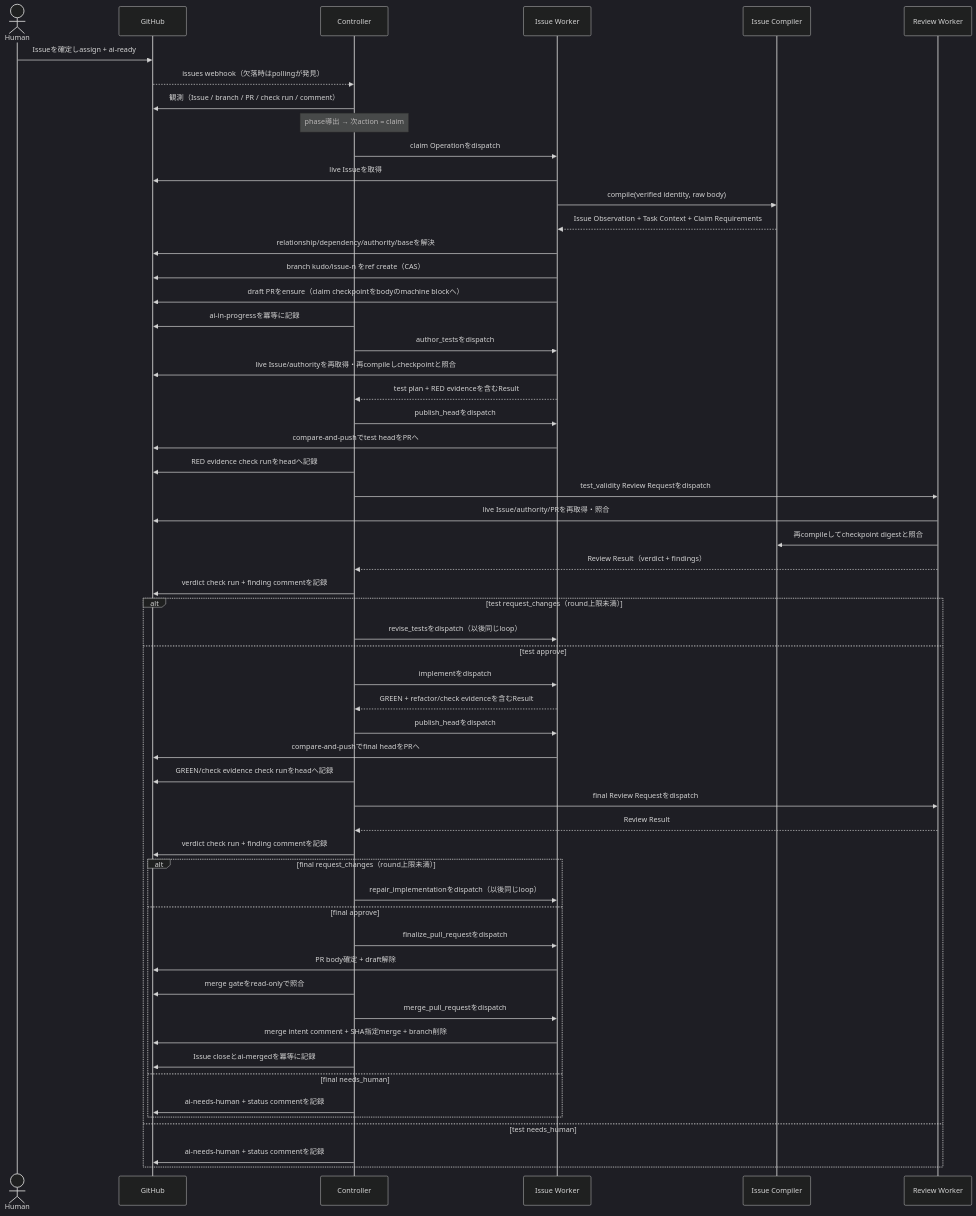
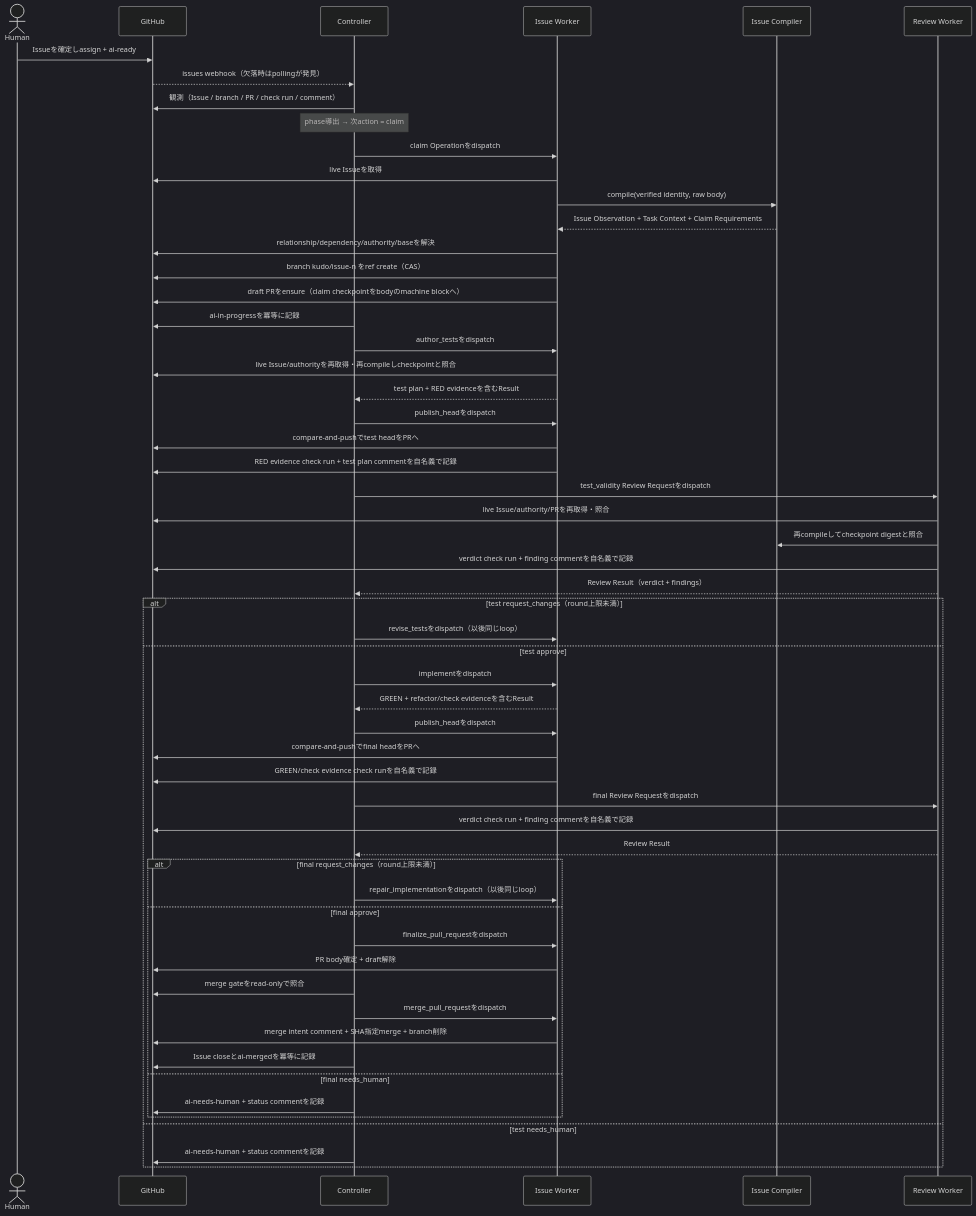
One commit to mrbaron3/kudo changed the diagram in docs/spec/05_design/02_workflow.md. Above: the diagram before and after it, drawn with Mermaid (dark theme). The commit also changed other lines of this file and 11 other files, not shown here.

````diff
--- a/docs/spec/05_design/02_workflow.md
+++ b/docs/spec/05_design/02_workflow.md
@@ -38,59 +41,59 @@
 ```mermaid
 sequenceDiagram
     actor H as Human
     participant GH as GitHub
     participant C as Controller
     participant IW as Issue Worker
     participant IC as Issue Compiler
     participant RW as Review Worker
 
     H->>GH: Issueを確定しassign + ai-ready
     GH-->>C: issues webhook（欠落時はpollingが発見）
     C->>GH: 観測（Issue / branch / PR / check run / comment）
     Note over C: phase導出 → 次action = claim
     C->>IW: claim Operationをdispatch
     IW->>GH: live Issueを取得
     IW->>IC: compile(verified identity, raw body)
     IC-->>IW: Issue Observation + Task Context + Claim Requirements
     IW->>GH: relationship/dependency/authority/baseを解決
     IW->>GH: branch kudo/issue-n をref create（CAS）
     IW->>GH: draft PRをensure（claim checkpointをbodyのmachine blockへ）
     C->>GH: ai-in-progressを冪等に記録
     C->>IW: author_testsをdispatch
     IW->>GH: live Issue/authorityを再取得・再compileしcheckpointと照合
     IW-->>C: test plan + RED evidenceを含むResult
     C->>IW: publish_headをdispatch
     IW->>GH: compare-and-pushでtest headをPRへ
-    C->>GH: RED evidence check runをheadへ記録
+    IW->>GH: RED evidence check run + test plan commentを自名義で記録
     C->>RW: test_validity Review Requestをdispatch
     RW->>GH: live Issue/authority/PRを再取得・照合
     RW->>IC: 再compileしてcheckpoint digestと照合
+    RW->>GH: verdict check run + finding commentを自名義で記録
     RW-->>C: Review Result（verdict + findings）
-    C->>GH: verdict check run + finding commentを記録
     alt test request_changes（round上限未満）
         C->>IW: revise_testsをdispatch（以後同じloop）
     else test approve
         C->>IW: implementをdispatch
         IW-->>C: GREEN + refactor/check evidenceを含むResult
         C->>IW: publish_headをdispatch
         IW->>GH: compare-and-pushでfinal headをPRへ
-        C->>GH: GREEN/check evidence check runをheadへ記録
+        IW->>GH: GREEN/check evidence check runを自名義で記録
         C->>RW: final Review Requestをdispatch
+        RW->>GH: verdict check run + finding commentを自名義で記録
         RW-->>C: Review Result
-        C->>GH: verdict check run + finding commentを記録
         alt final request_changes（round上限未満）
             C->>IW: repair_implementationをdispatch（以後同じloop）
         else final approve
             C->>IW: finalize_pull_requestをdispatch
             IW->>GH: PR body確定 + draft解除
             C->>GH: merge gateをread-onlyで照合
             C->>IW: merge_pull_requestをdispatch
             IW->>GH: merge intent comment + SHA指定merge + branch削除
             C->>GH: Issue closeとai-mergedを冪等に記録
         else final needs_human
             C->>GH: ai-needs-human + status commentを記録
         end
     else test needs_human
         C->>GH: ai-needs-human + status commentを記録
     end
 ```
````
